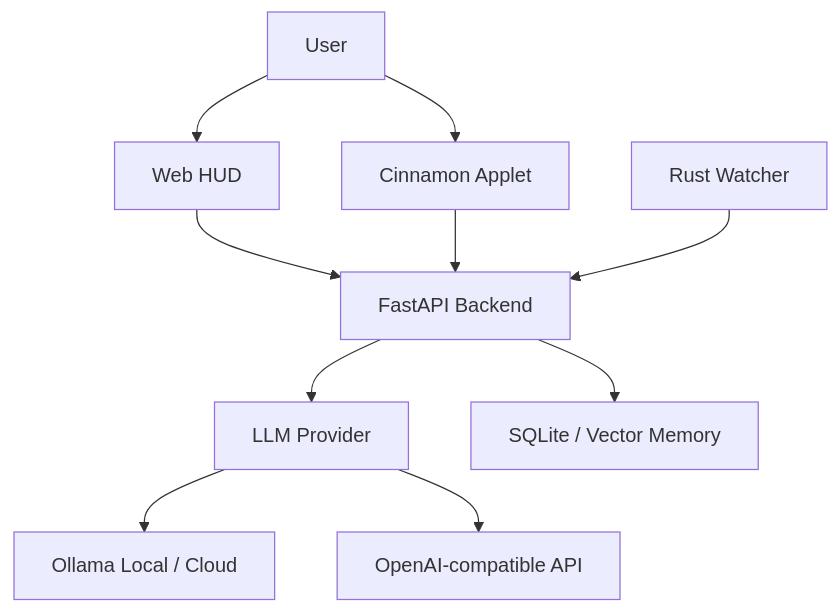
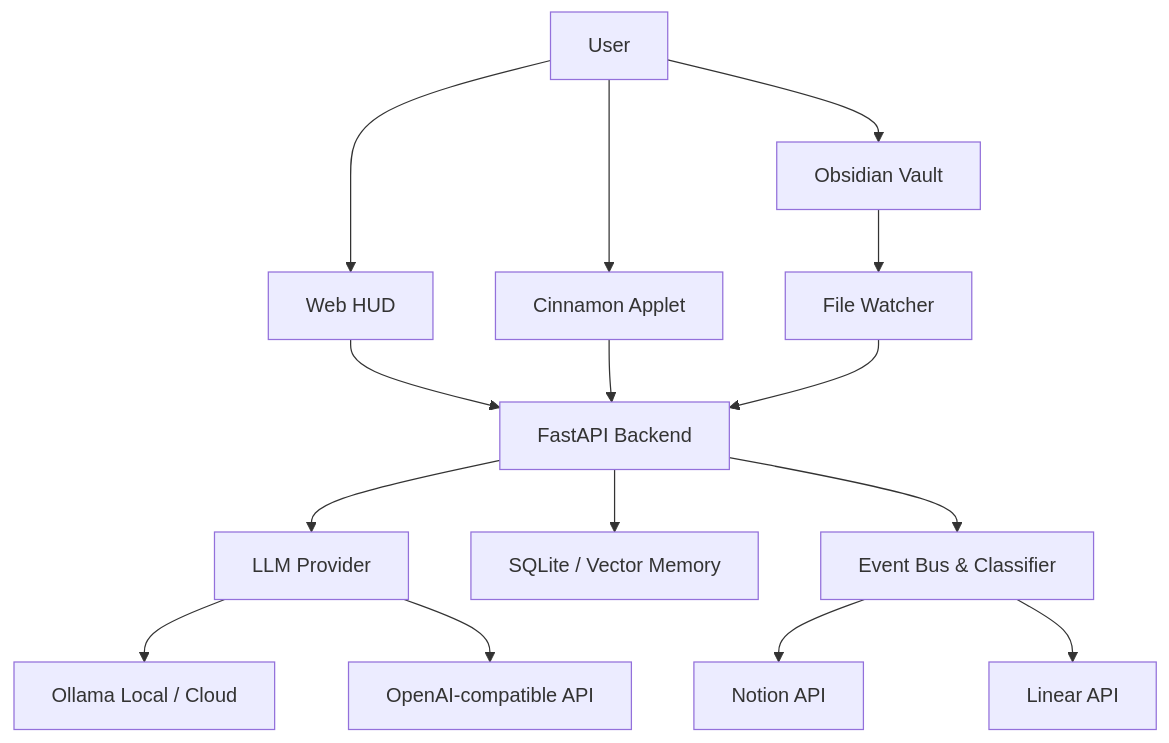
Before and after one commit to zeusinfra/NEXUS: the diagram in README.md, drawn with Mermaid. The commit also changed other lines of this file and 21 other files, not shown here.

````diff
--- a/README.md
+++ b/README.md
@@ -20,15 +21,21 @@
 ```mermaid
 graph TD
     User[User] --> WebHUD[Web HUD]
     User --> Applet[Cinnamon Applet]
+    User --> Obsidian[Obsidian Vault]
 
     WebHUD --> API[FastAPI Backend]
     Applet --> API
+    Obsidian --> Watcher[File Watcher]
 
+    Watcher --> API
     API --> LLM[LLM Provider]
     API --> Memory[SQLite / Vector Memory]
-    Watcher[Rust Watcher] --> API
+    API --> EventBus[Event Bus & Classifier]
+    
+    EventBus --> Notion[Notion API]
+    EventBus --> Linear[Linear API]
 
     LLM --> Ollama[Ollama Local / Cloud]
     LLM --> OpenAI[OpenAI-compatible API]
 ```
````
